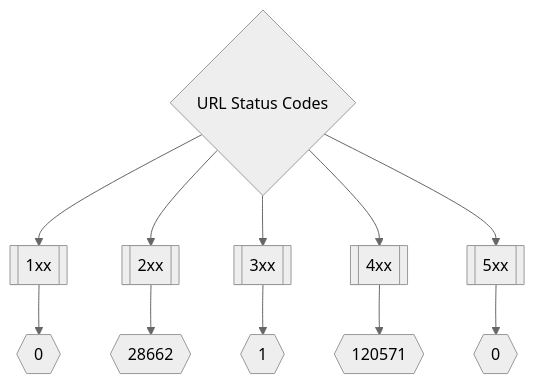
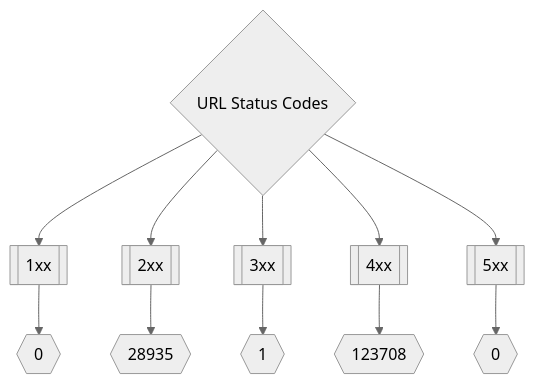
One commit to trickest/inventory changed the second of 3 diagrams in README.md. Above: the diagram before and after it, drawn with Mermaid (neutral theme). The commit also changed other lines of this file, not shown here.

````diff
--- a/README.md
+++ b/README.md
@@ -173,8 +173,8 @@
 ```mermaid
 graph TD
 title{URL Status Codes} --> 1xx[[1xx]] --> status1xxNum{{0}}
-title --> 2xx[[2xx]] --> status2xxNum{{28662}}
+title --> 2xx[[2xx]] --> status2xxNum{{28935}}
 title --> 3xx[[3xx]] --> status3xxNum{{1}}
-title --> 4xx[[4xx]] --> status4xxNum{{120571}}
+title --> 4xx[[4xx]] --> status4xxNum{{123708}}
 title --> 5xx[[5xx]] --> status5xxNum{{0}}
 ```
````
